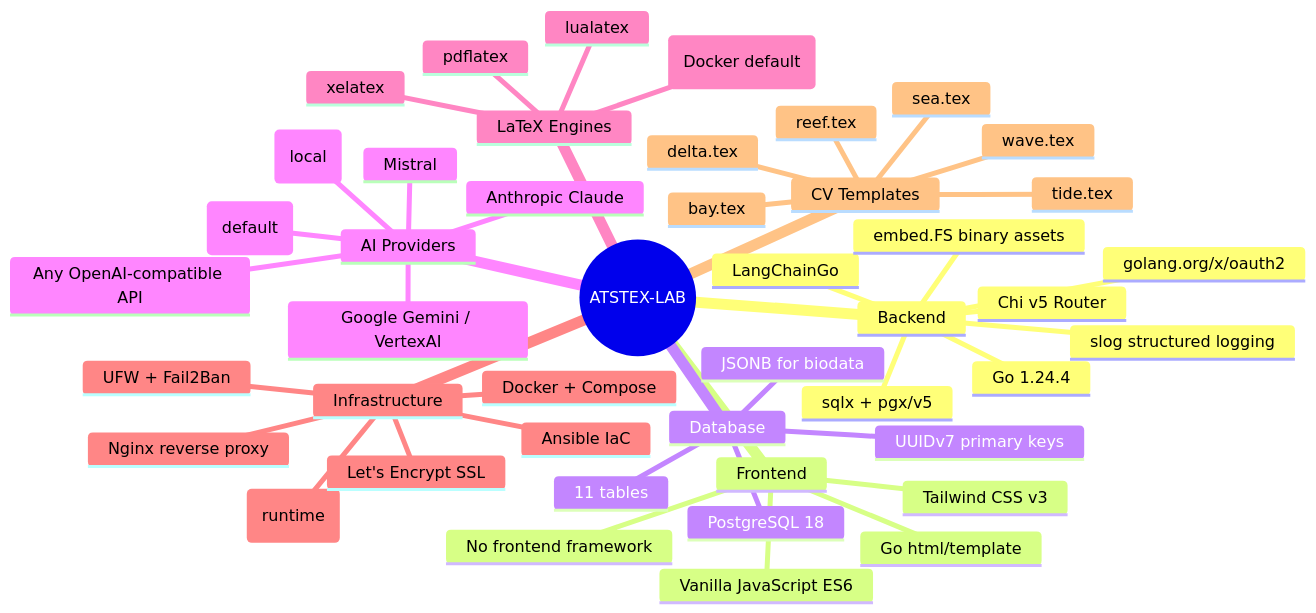
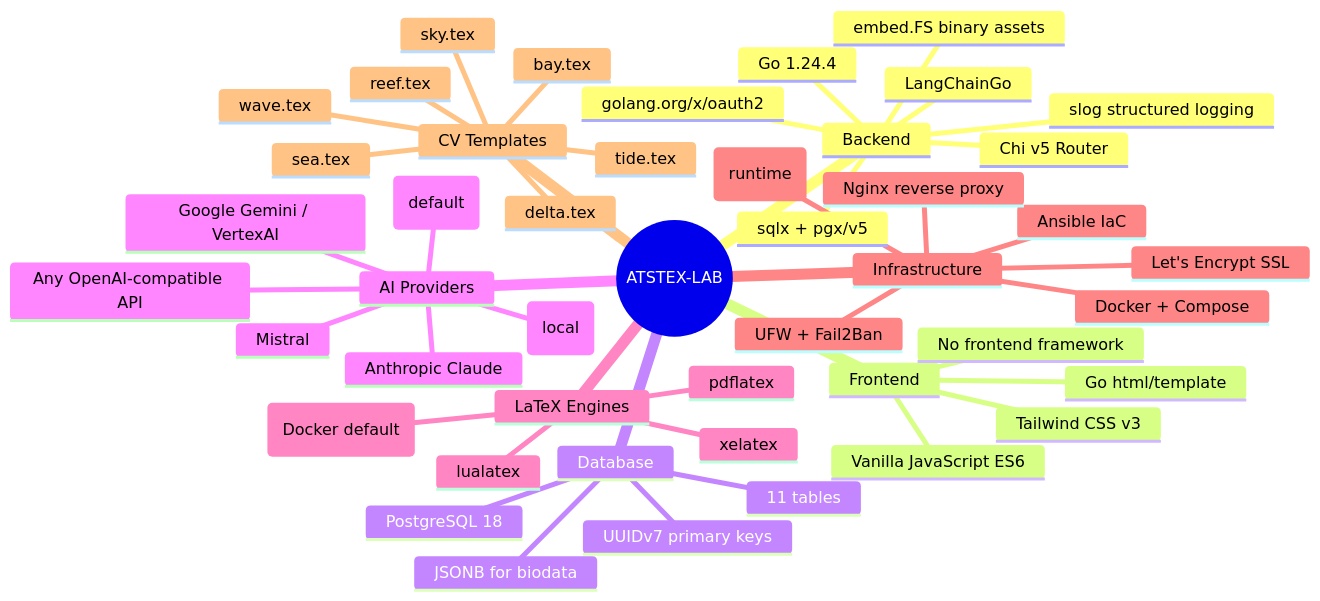
Before and after one commit to SemmiDev/atstex-lab: the eighth of 8 diagrams in SPEC.md, drawn with Mermaid. The commit also changed other lines of this file, not shown here.

````diff
--- a/SPEC.md
+++ b/SPEC.md
@@ -1030,48 +1041,49 @@
 ```mermaid
 mindmap
   root((ATSTEX-LAB))
     Backend
       Go 1.24.4
       Chi v5 Router
       sqlx + pgx/v5
       LangChainGo
       golang.org/x/oauth2
       slog structured logging
       embed.FS binary assets
     Frontend
       Go html/template
       Tailwind CSS v3
       Vanilla JavaScript ES6
       No frontend framework
     Database
       PostgreSQL 18
       UUIDv7 primary keys
       JSONB for biodata
       11 tables
     AI Providers
       OpenAI (default)
       Anthropic Claude
       Google Gemini / VertexAI
       Ollama (local)
       Mistral
       Any OpenAI-compatible API
     LaTeX Engines
       Tectonic (Docker default)
       pdflatex
       xelatex
       lualatex
     Infrastructure
       Docker + Compose
       Alpine Linux (runtime)
       Ansible IaC
       Nginx reverse proxy
       Let's Encrypt SSL
       UFW + Fail2Ban
     CV Templates
       bay.tex
       delta.tex
       reef.tex
       sea.tex
       tide.tex
       wave.tex
+      sky.tex
 ```
````
